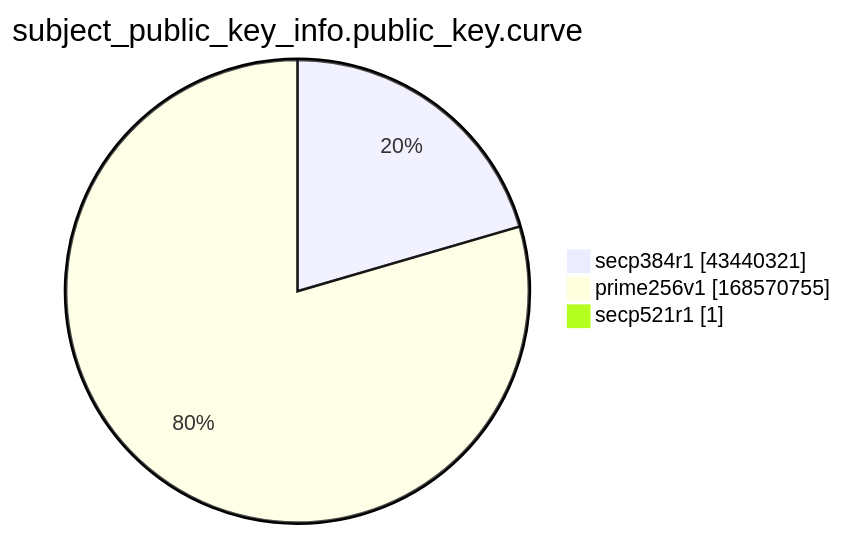
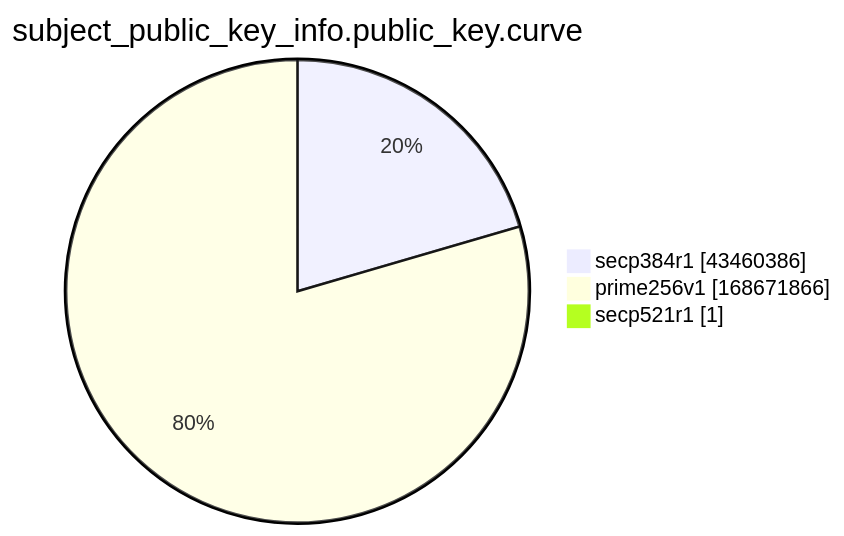
Before and after one commit to christiankrug/ctmonitor_visualization: the ninth of 15 diagrams in xenon2022/README.md, drawn with Mermaid. The commit also changed other lines of this file, not shown here.

````diff
--- a/xenon2022/README.md
+++ b/xenon2022/README.md
@@ -2870,7 +2870,7 @@
 ```mermaid
 pie showData
 title subject_public_key_info.public_key.curve
-"secp384r1" :43440321
-"prime256v1" :168570755
+"secp384r1" :43460386
+"prime256v1" :168671866
 "secp521r1" :1
 ```
````
